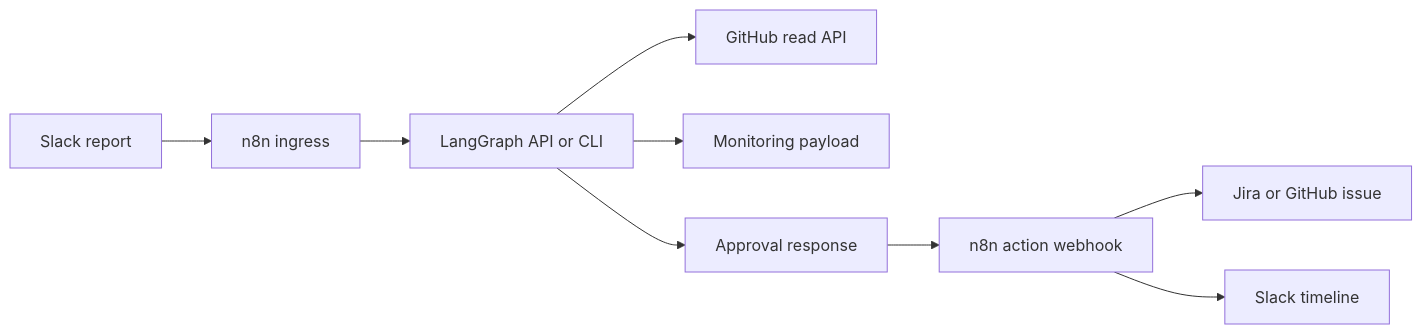
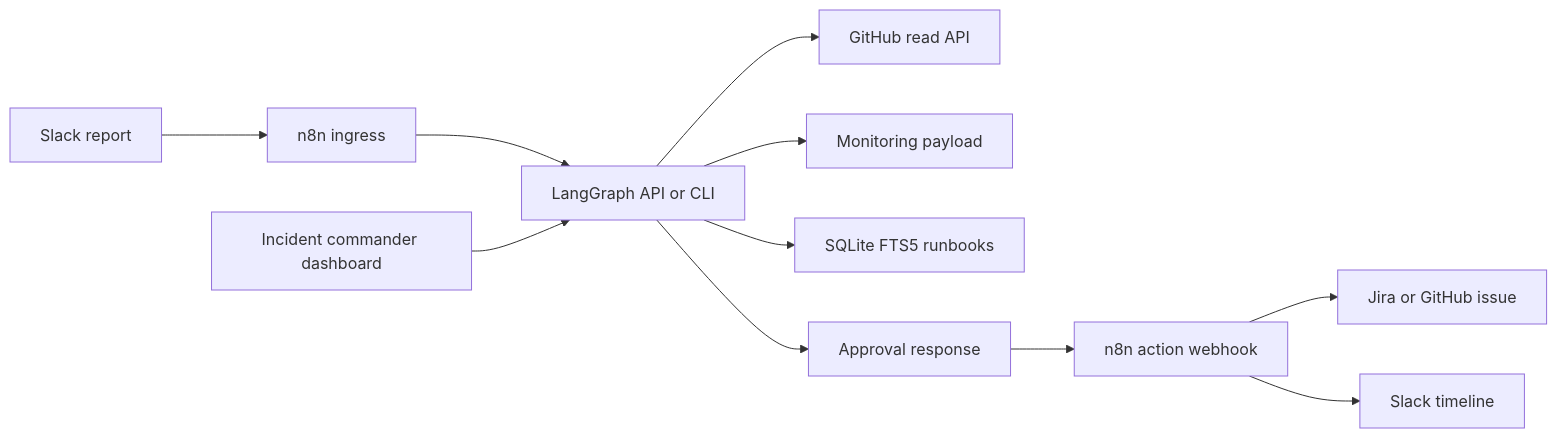
Before and after one commit to ft-kumarsatyam/incidentops-copilot: the first of 2 diagrams in docs/ARCHITECTURE.md, drawn with Mermaid. The commit also changed other lines of this file and 24 other files, not shown here.

````diff
--- a/docs/ARCHITECTURE.md
+++ b/docs/ARCHITECTURE.md
@@ -5,11 +5,13 @@
 ```mermaid
 flowchart LR
   Slack["Slack report"] --> N8nIn["n8n ingress"]
   N8nIn --> Graph["LangGraph API or CLI"]
   Graph --> GitHub["GitHub read API"]
   Graph --> Monitor["Monitoring payload"]
+  Graph --> Runbooks["SQLite FTS5 runbooks"]
+  Dashboard["Incident commander dashboard"] --> Graph
   Graph --> Approval["Approval response"]
   Approval --> N8nOut["n8n action webhook"]
   N8nOut --> Jira["Jira or GitHub issue"]
   N8nOut --> SlackThread["Slack timeline"]
 ```
````
